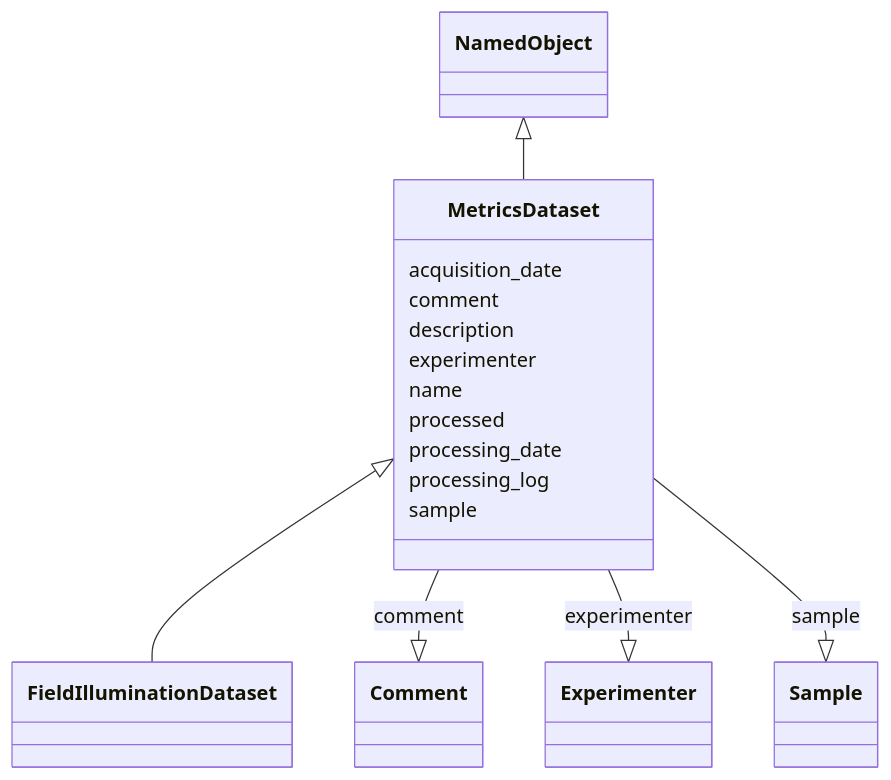
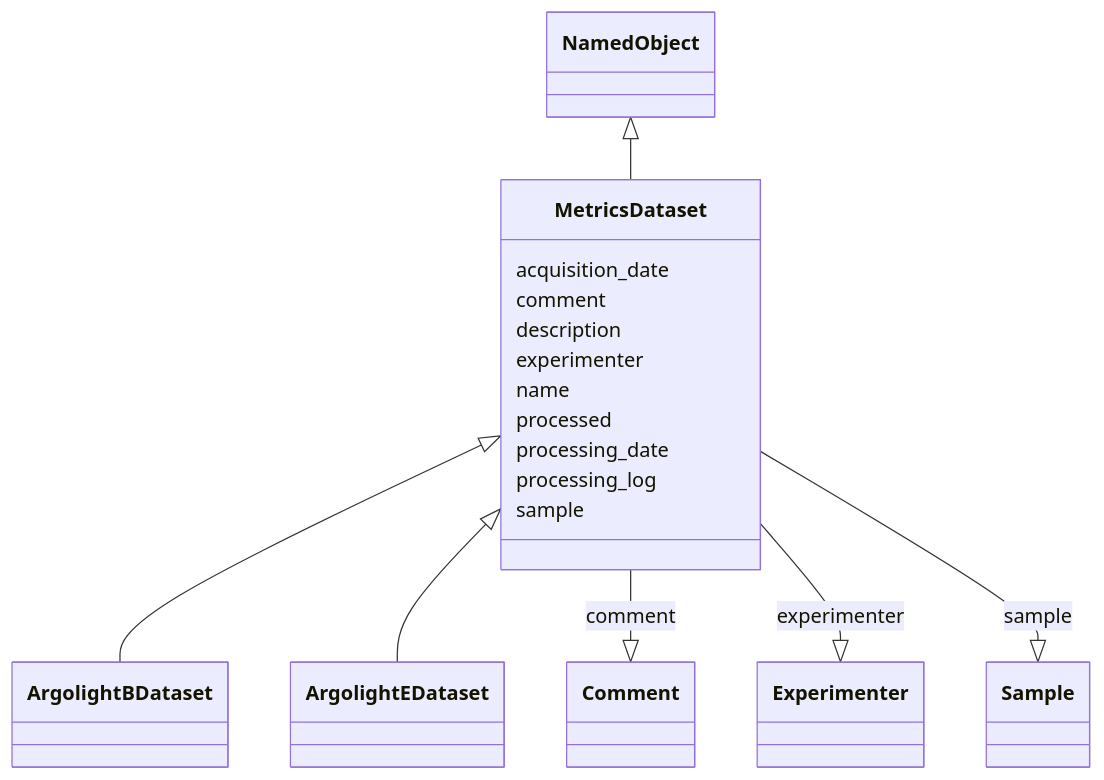
Before and after one commit to juliomateoslangerak/microscope-metrics: the diagram in docs/schema/samples/MetricsDataset.md, drawn with Mermaid. The commit also changed other lines of this file and 146 other files, not shown here.

````diff
--- a/docs/schema/samples/MetricsDataset.md
+++ b/docs/schema/samples/MetricsDataset.md
@@ -15,35 +15,36 @@
 ```mermaid
  classDiagram
     class MetricsDataset
       NamedObject <|-- MetricsDataset
       
 
-      MetricsDataset <|-- FieldIlluminationDataset
+      MetricsDataset <|-- ArgolightBDataset
+      MetricsDataset <|-- ArgolightEDataset
       
       
       MetricsDataset : acquisition_date
         
       MetricsDataset : comment
         
           MetricsDataset --|> Comment : comment
         
       MetricsDataset : description
         
       MetricsDataset : experimenter
         
           MetricsDataset --|> Experimenter : experimenter
         
       MetricsDataset : name
         
       MetricsDataset : processed
         
       MetricsDataset : processing_date
         
       MetricsDataset : processing_log
         
       MetricsDataset : sample
         
           MetricsDataset --|> Sample : sample
         
       
 ```
````
